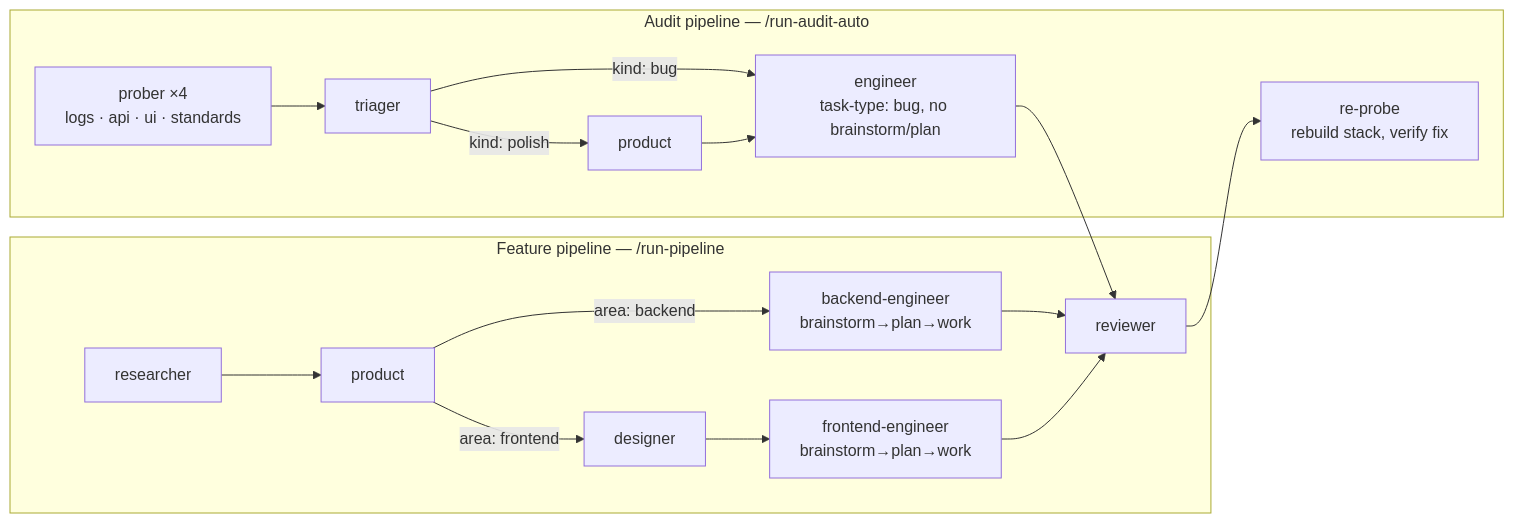
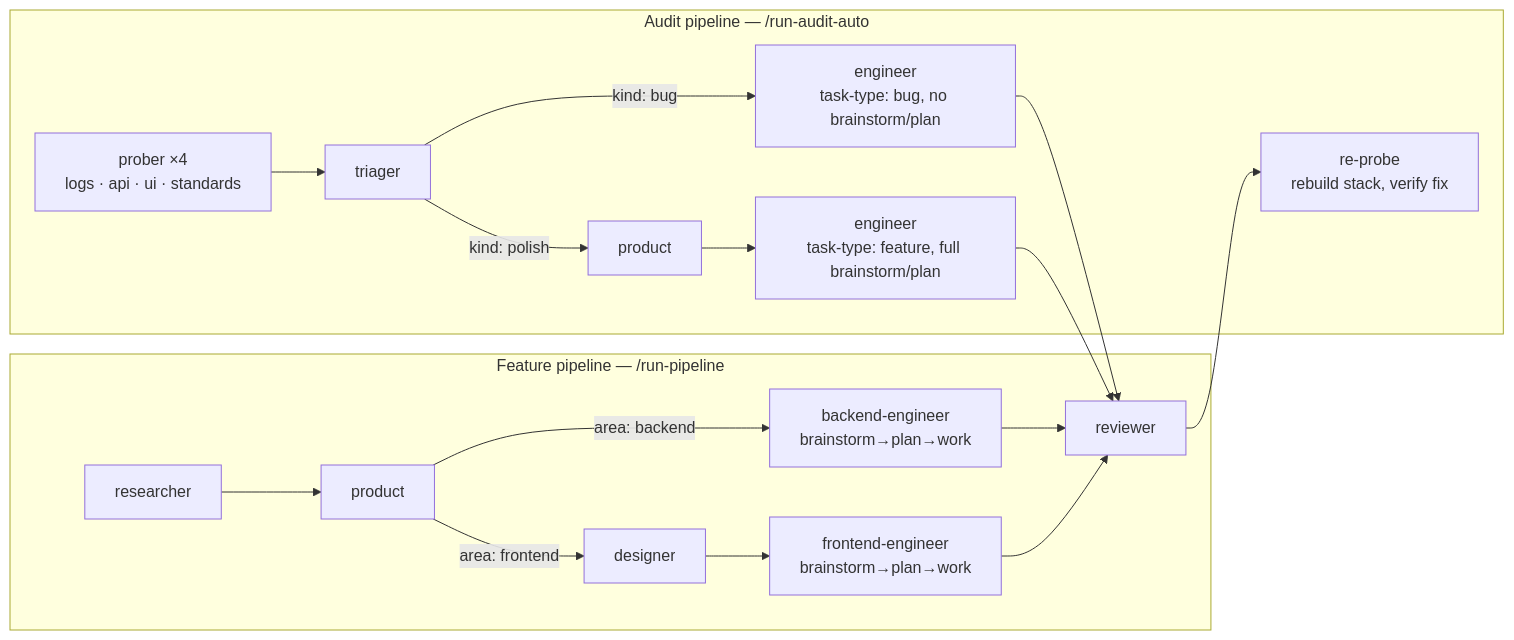
The diagram in docs/agent-pipeline.md (Mateja97/roamly), drawn with Mermaid before and after one commit. The commit also changed other lines of this file, not shown here.

````diff
--- a/docs/agent-pipeline.md
+++ b/docs/agent-pipeline.md
@@ -6,20 +8,21 @@
 ```mermaid
 flowchart LR
     subgraph FP["Feature pipeline — /run-pipeline"]
         R[researcher] --> P[product]
         P -- "area: frontend" --> D[designer]
         P -- "area: backend" --> EB["backend-engineer\nbrainstorm→plan→work"]
         D --> EF["frontend-engineer\nbrainstorm→plan→work"]
         EB --> RV[reviewer]
         EF --> RV
     end
 
     subgraph AP["Audit pipeline — /run-audit-auto"]
         PR1["prober ×4\nlogs · api · ui · standards"] --> TR[triager]
         TR -- "kind: polish" --> PG[product]
         TR -- "kind: bug" --> EBUG["engineer\ntask-type: bug, no brainstorm/plan"]
-        PG --> EBUG
+        PG --> EPOL["engineer\ntask-type: feature, full brainstorm/plan"]
         EBUG --> RV
+        EPOL --> RV
         RV --> RP["re-probe\nrebuild stack, verify fix"]
     end
 ```
````
